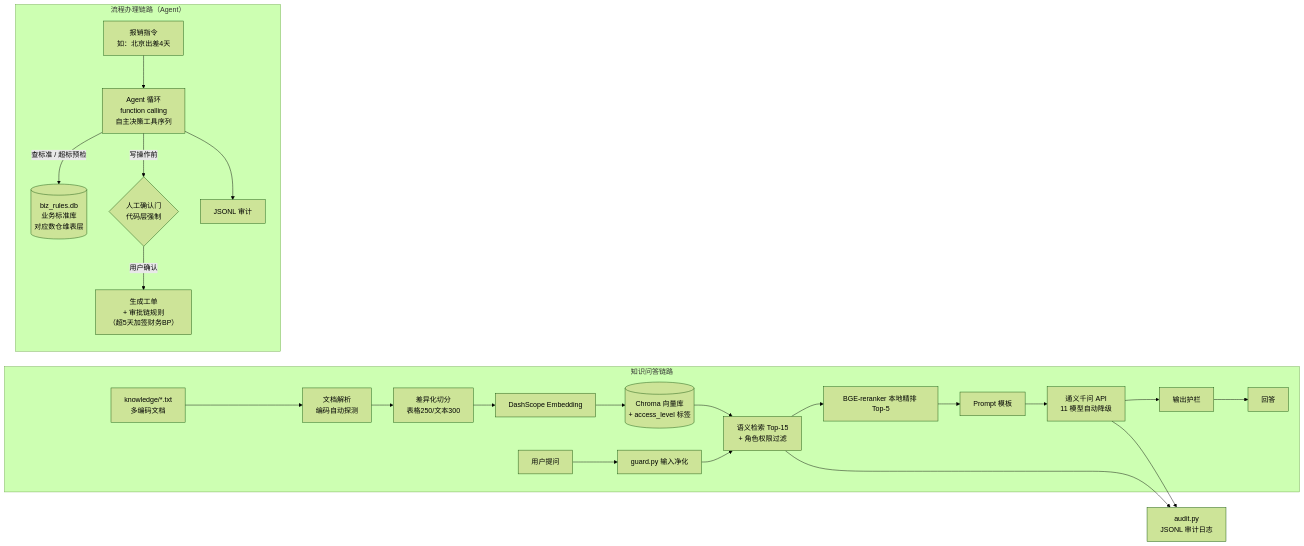
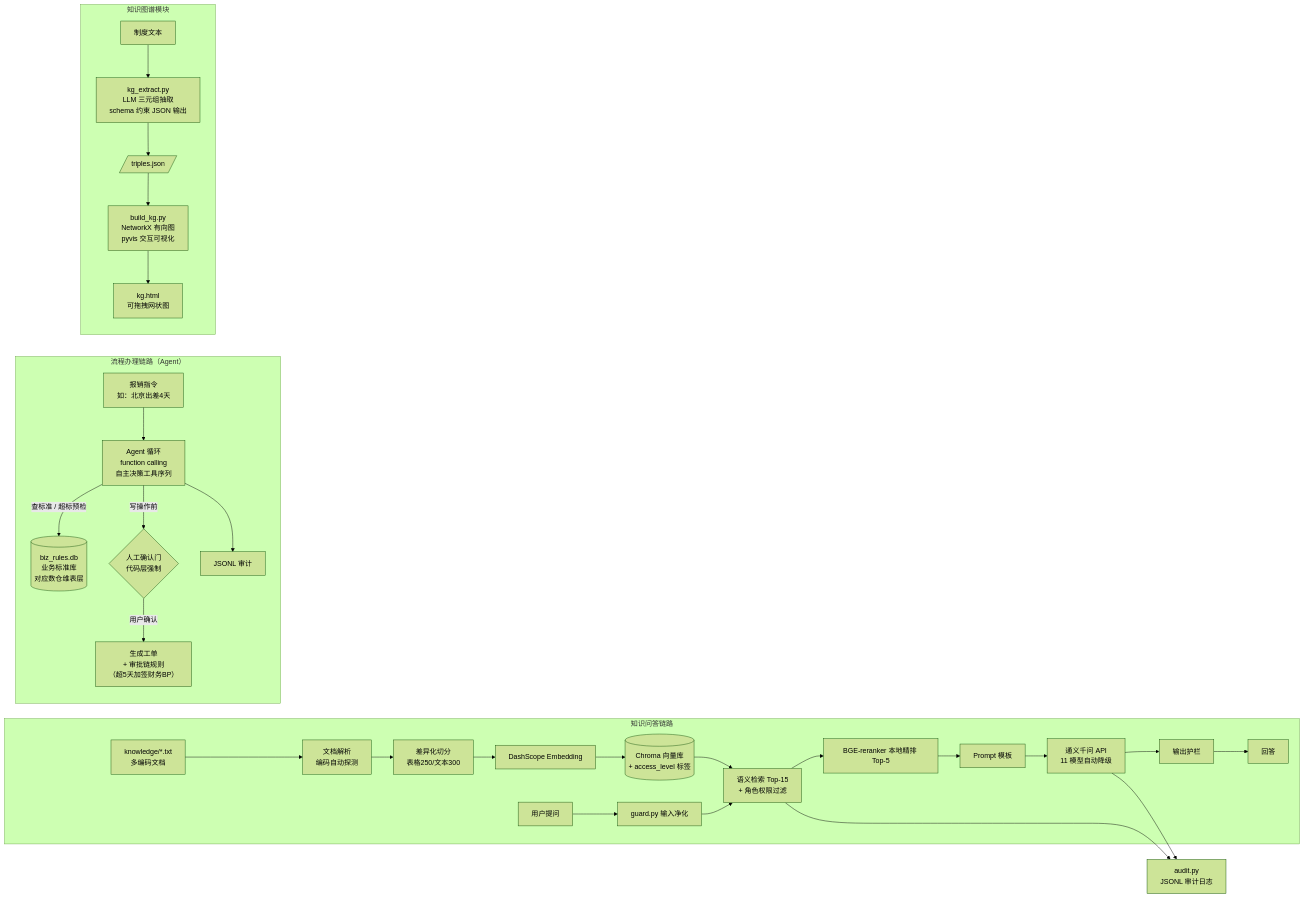
Before and after one commit to qinkunda/finance-rag-agent: the diagram in README.md, drawn with Mermaid (forest theme). The commit also changed other lines of this file and 4 other files, not shown here.

Commit message:
知识图谱模块: LLM三元组抽取+NetworkX建图+pyvis可视化

````diff
--- a/README.md
+++ b/README.md
@@ -20,27 +21,33 @@
 ```mermaid
 flowchart LR
     subgraph RAG["知识问答链路"]
         A[knowledge/*.txt<br/>多编码文档] --> B[文档解析<br/>编码自动探测]
         B --> C[差异化切分<br/>表格250/文本300]
         C --> D[DashScope Embedding]
         D --> E[(Chroma 向量库<br/>+ access_level 标签)]
         Q[用户提问] --> G[guard.py 输入净化]
         G --> R[语义检索 Top-15<br/>+ 角色权限过滤]
         E --> R
         R --> N[BGE-reranker 本地精排 Top-5]
         N --> P[Prompt 模板]
         P --> L[通义千问 API<br/>11 模型自动降级]
         L --> V[输出护栏]
         V --> O[回答]
     end
     subgraph AGT["流程办理链路（Agent）"]
         U[报销指令<br/>如：北京出差4天] --> LOOP["Agent 循环<br/>function calling<br/>自主决策工具序列"]
         DB[(biz_rules.db<br/>业务标准库<br/>对应数仓维表层)]
         LOOP -->|查标准 / 超标预检| DB
         LOOP -->|写操作前| GATE{"人工确认门<br/>代码层强制"}
         GATE -->|用户确认| ORD["生成工单<br/>+ 审批链规则<br/>（超5天加签财务BP）"]
         LOOP --> AUD2[JSONL 审计]
     end
+    subgraph KG["知识图谱模块"]
+        DOC2[制度文本] --> EXT["kg_extract.py<br/>LLM 三元组抽取<br/>schema 约束 JSON 输出"]
+        EXT --> TJ[/triples.json/]
+        TJ --> BL["build_kg.py<br/>NetworkX 有向图<br/>pyvis 交互可视化"]
+        BL --> HTML[kg.html<br/>可拖拽网状图]
+    end
     R --> AUD[audit.py<br/>JSONL 审计日志]
     L --> AUD
 ```
````
